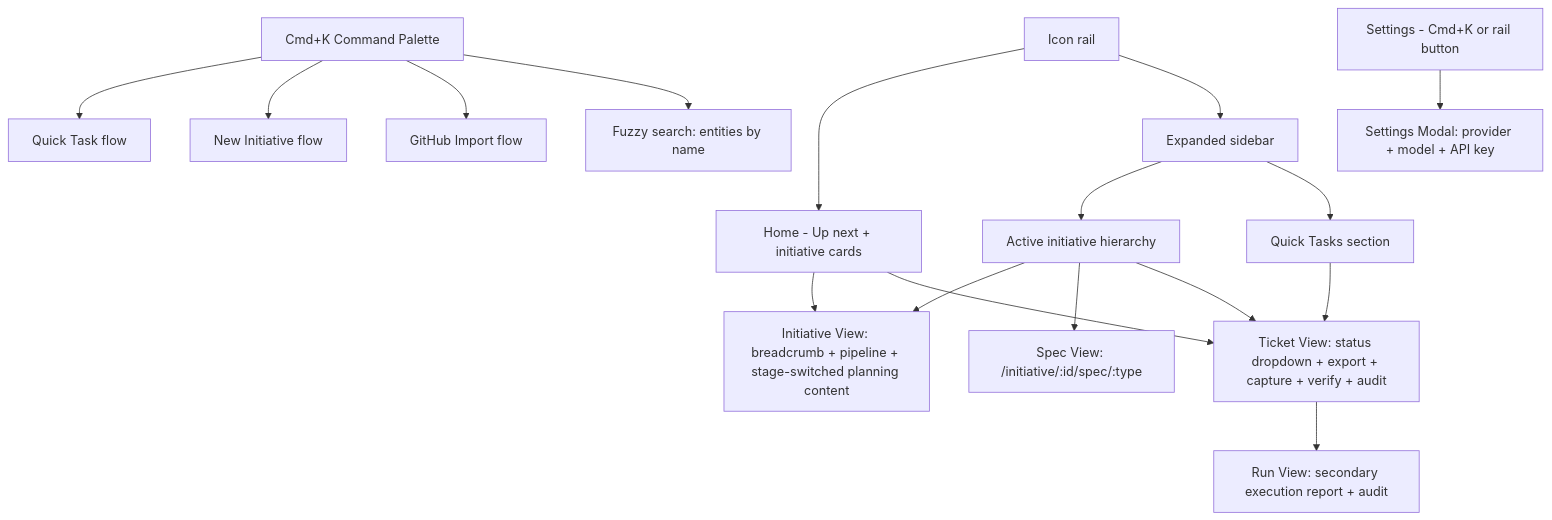
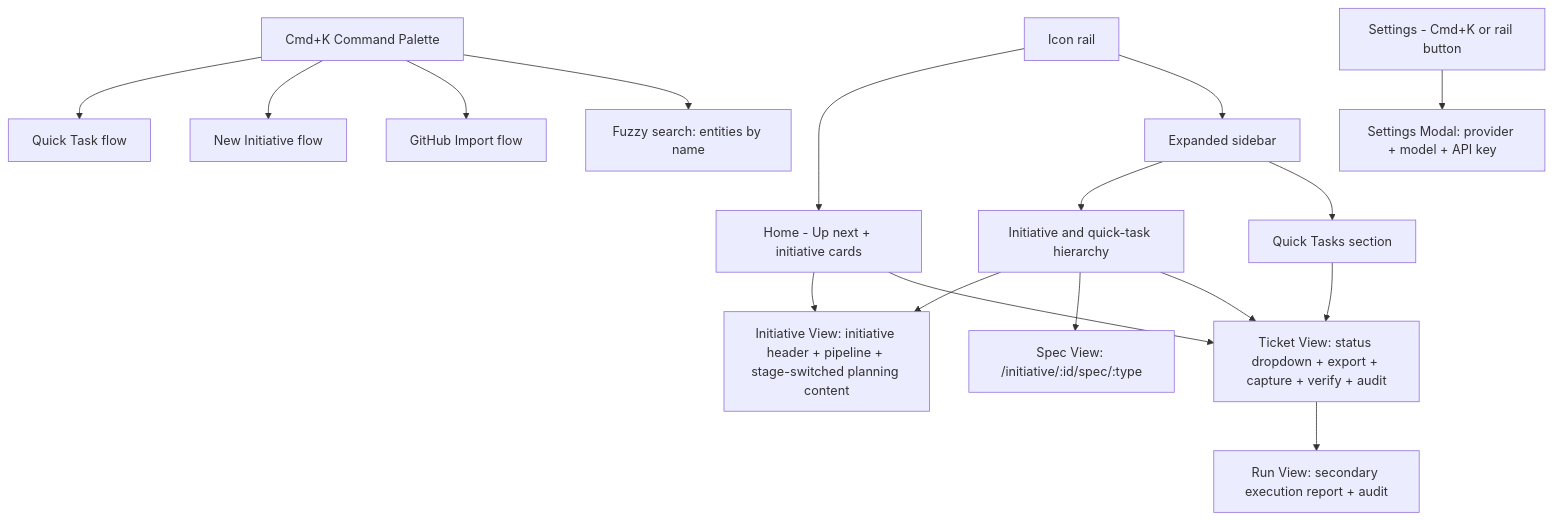
Before and after one commit to mtmitchel/SpecFlow: the second of 2 diagrams in docs/workflows.md, drawn with Mermaid. The commit also changed other lines of this file and 82 other files, not shown here.

````diff
--- a/docs/workflows.md
+++ b/docs/workflows.md
@@ -153,21 +153,21 @@
 ```mermaid
 graph TD
     Rail[Icon rail] --> Home[Home - Up next + initiative cards]
     Rail --> Sidebar[Expanded sidebar]
-    Sidebar --> Initiatives[Active initiative hierarchy]
+    Sidebar --> Initiatives[Initiative and quick-task hierarchy]
     Sidebar --> QuickTasks[Quick Tasks section]
     CmdK[Cmd+K Command Palette] --> QT[Quick Task flow]
     CmdK --> NI[New Initiative flow]
     CmdK --> GH[GitHub Import flow]
     CmdK --> Search[Fuzzy search: entities by name]
 
-    Home --> InitiativeView[Initiative View: breadcrumb + pipeline + stage-switched planning content]
+    Home --> InitiativeView[Initiative View: initiative header + pipeline + stage-switched planning content]
     Initiatives --> InitiativeView
     Initiatives --> SpecView[Spec View: /initiative/:id/spec/:type]
     Initiatives --> TicketView
     Home --> TicketView
     QuickTasks --> TicketView[Ticket View: status dropdown + export + capture + verify + audit]
     TicketView --> RunView[Run View: secondary execution report + audit]
 
     Settings[Settings - Cmd+K or rail button] --> SettingsModal[Settings Modal: provider + model + API key]
 ```
````
